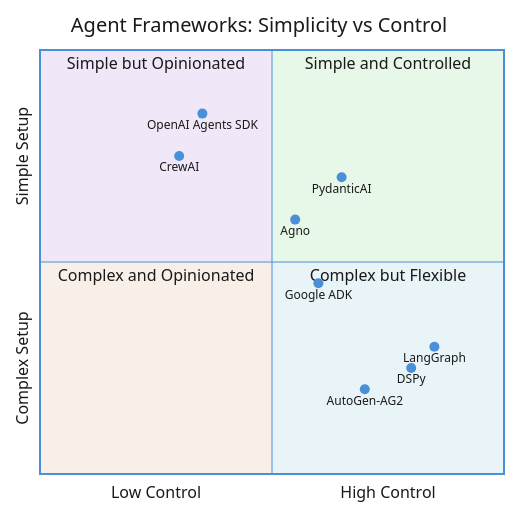
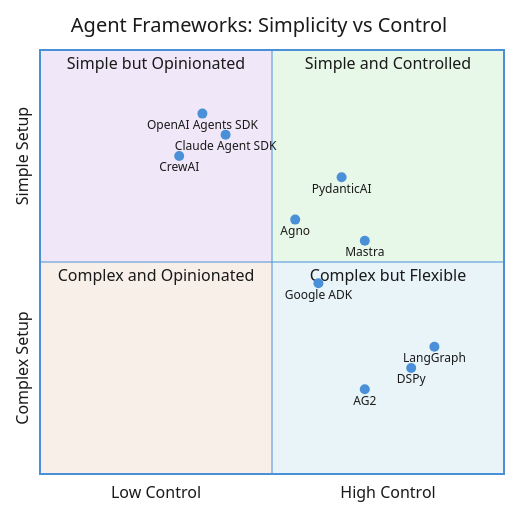
One commit to Rmohid/agentic-engineering-docs changed the third of 4 diagrams in docs/ai-native-framework-landscape.md. Above: the diagram before and after it, drawn with Mermaid. The commit also changed other lines of this file and 2 other files, not shown here.

````diff
--- a/docs/ai-native-framework-landscape.md
+++ b/docs/ai-native-framework-landscape.md
@@ -233,19 +273,21 @@
 ```mermaid
 %%{init: {'theme': 'base', 'themeVariables': {'primaryColor': '#e8f4f8', 'primaryTextColor': '#1a1a1a', 'primaryBorderColor': '#4a90d9', 'lineColor': '#4a90d9', 'quadrant1Fill': '#e8f8e8', 'quadrant2Fill': '#f0e8f8', 'quadrant3Fill': '#f8f0e8', 'quadrant4Fill': '#e8f4f8', 'quadrant1TextFill': '#1a1a1a', 'quadrant2TextFill': '#1a1a1a', 'quadrant3TextFill': '#1a1a1a', 'quadrant4TextFill': '#1a1a1a', 'quadrantPointFill': '#4a90d9', 'quadrantPointTextFill': '#1a1a1a'}}}%%
 quadrantChart
     title Agent Frameworks: Simplicity vs Control
     x-axis Low Control --> High Control
     y-axis Complex Setup --> Simple Setup
     quadrant-1 "Simple and Controlled"
     quadrant-2 "Simple but Opinionated"
     quadrant-3 "Complex and Opinionated"
     quadrant-4 "Complex but Flexible"
     OpenAI Agents SDK: [0.35, 0.85]
     CrewAI: [0.30, 0.75]
+    Claude Agent SDK: [0.40, 0.80]
     PydanticAI: [0.65, 0.70]
+    Mastra: [0.70, 0.55]
     Agno: [0.55, 0.60]
     Google ADK: [0.60, 0.45]
     DSPy: [0.80, 0.25]
     LangGraph: [0.85, 0.30]
-    AutoGen-AG2: [0.70, 0.20]
+    AG2: [0.70, 0.20]
 ```
````
